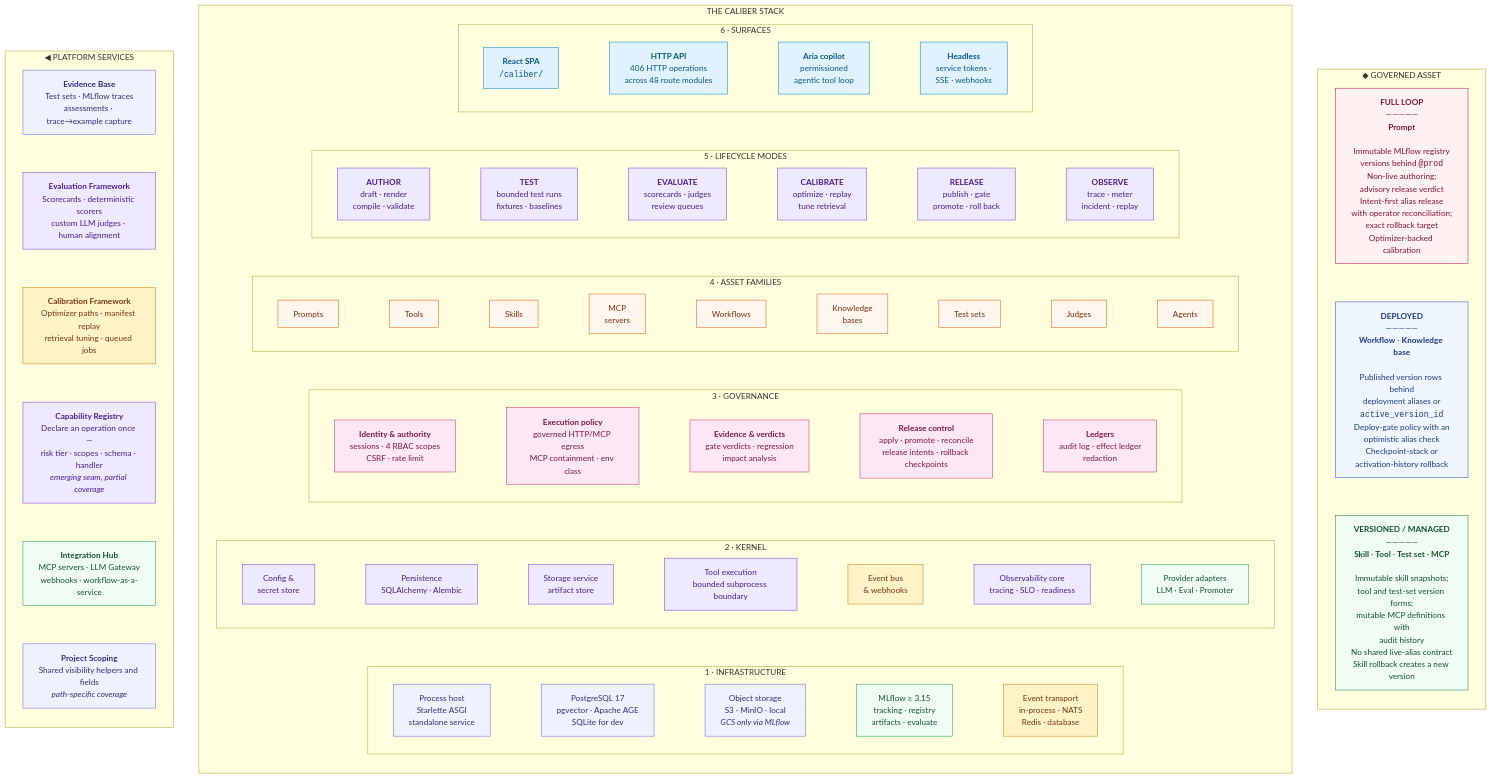
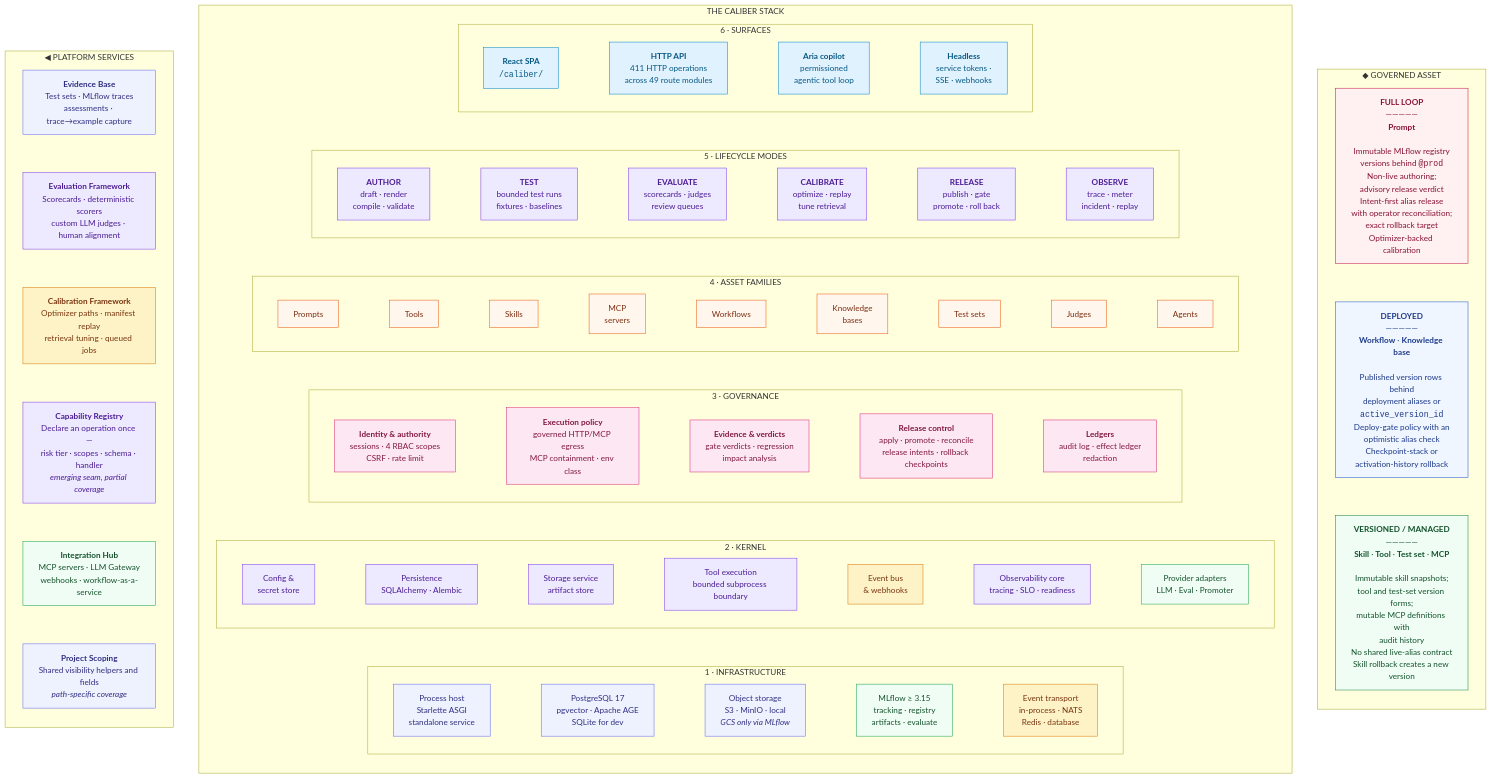
Before and after one commit to rrahimi-uci/caliber-suite: the first of 8 diagrams in ARCHITECTURE.md, drawn with Mermaid. The commit also changed 40 other files, not shown here.

```diff
--- a/ARCHITECTURE.md
+++ b/ARCHITECTURE.md
@@ -105,7 +105,7 @@
     subgraph L6["6 · SURFACES"]
       direction LR
       s1["<b>React SPA</b><br/><code>/caliber/</code>"]:::ui
-      s2["<b>HTTP API</b><br/>406 HTTP operations<br/>across 48 route modules"]:::ui
+      s2["<b>HTTP API</b><br/>411 HTTP operations<br/>across 49 route modules"]:::ui
       s3["<b>Aria copilot</b><br/>permissioned<br/>agentic tool loop"]:::ui
       s4["<b>Headless</b><br/>service tokens ·<br/>SSE · webhooks"]:::ui
       s1 --- s2 --- s3 --- s4
```
